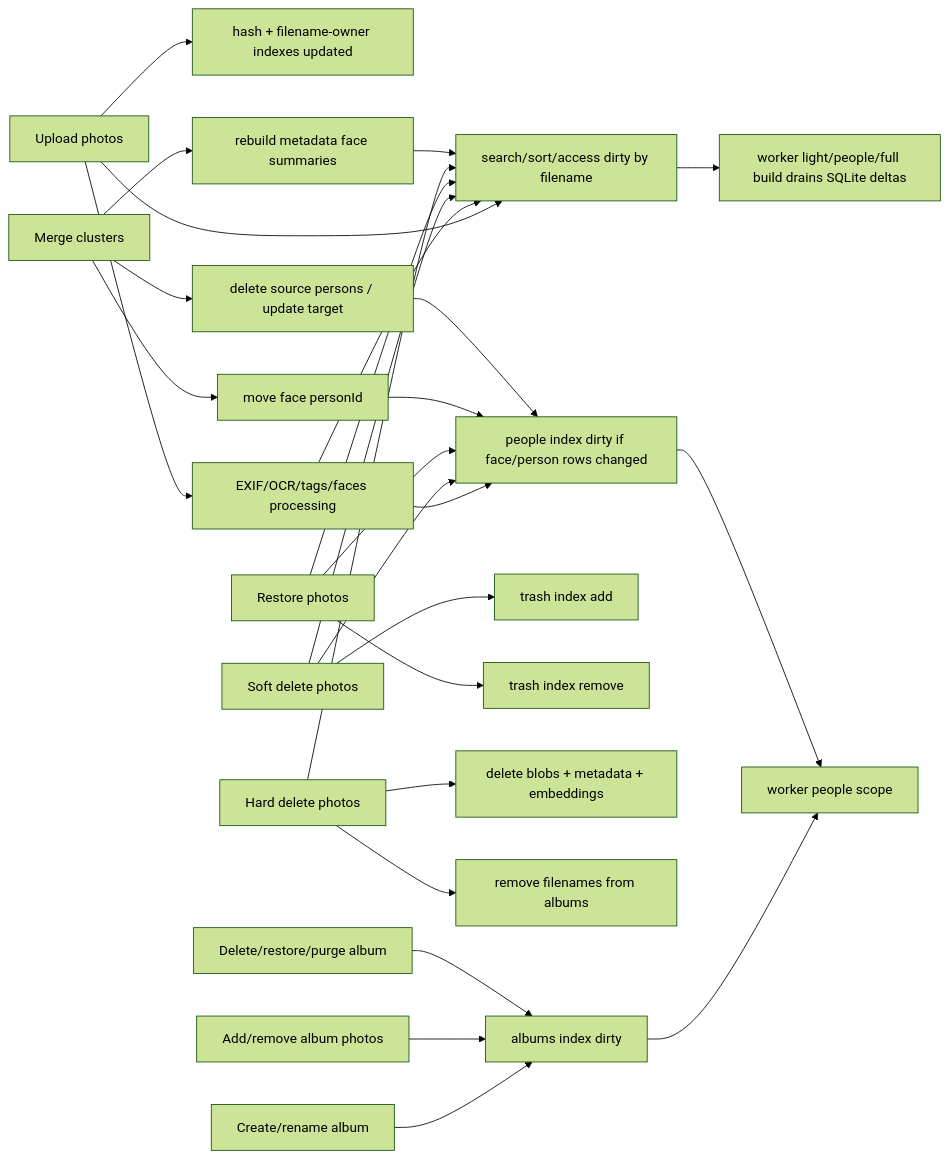
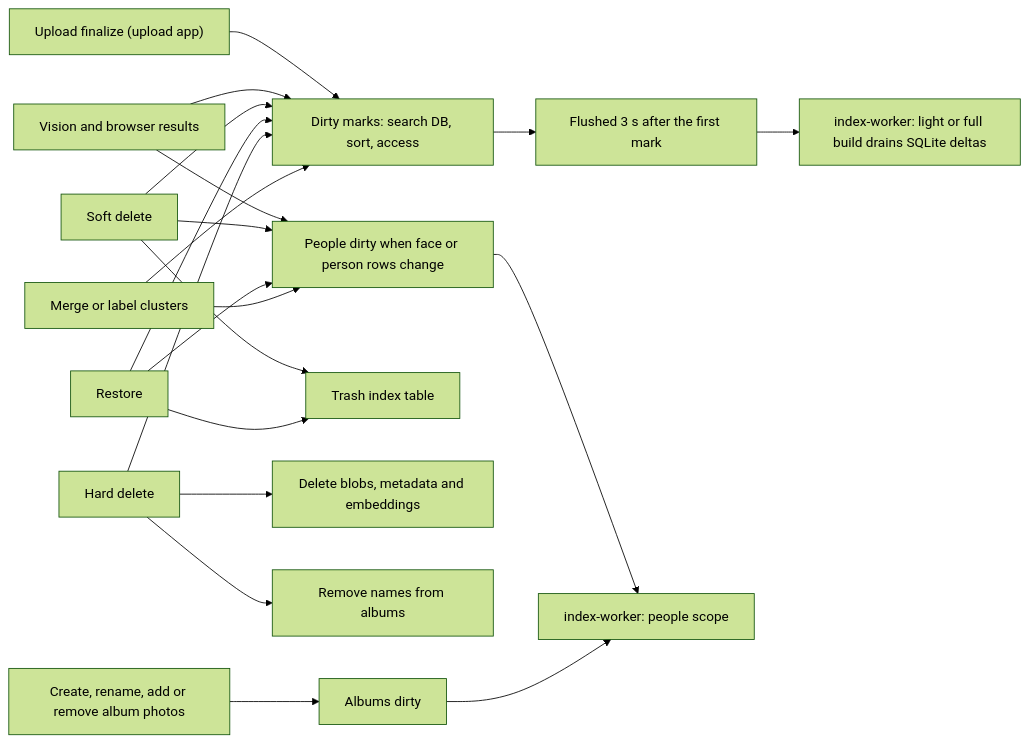
One commit to Git4Rajat/photostore changed the fourth of 4 diagrams in docs/backend-api-architecture.md. Above: the diagram before and after it, drawn with Mermaid (forest theme). The commit also changed other lines of this file and 5 other files, not shown here.

First line of the commit message:
Docs: bring architecture docs and diagrams up to the current role split

````diff
--- a/docs/backend-api-architecture.md
+++ b/docs/backend-api-architecture.md
@@ -774,35 +789,26 @@
 ```mermaid
 flowchart LR
-  Upload["Upload photos"] --> SearchDirty["search/sort/access dirty by filename"]
-  Upload --> Hash["hash + filename-owner indexes updated"]
-  Upload --> Processing["EXIF/OCR/tags/faces processing"]
-  Processing --> SearchDirty
-  Processing --> PeopleDirty["people index dirty if face/person rows changed"]
+  Upload["Upload finalize (upload app)"] --> Dirty["Dirty marks: search DB, sort, access"]
+  Proc["Vision and browser results"] --> Dirty
+  Proc --> PDirty["People dirty when face or person rows change"]
 
-  Delete["Soft delete photos"] --> Trash["trash index add"]
-  Delete --> SearchDirty
-  Delete --> PeopleDirty
+  Del["Soft delete"] --> Trash["Trash index table"]
+  Del --> Dirty
+  Del --> PDirty
+  Restore["Restore"] --> Trash
+  Restore --> Dirty
+  Restore --> PDirty
 
-  Restore["Restore photos"] --> TrashRemove["trash index remove"]
-  Restore --> SearchDirty
-  Restore --> PeopleDirty
+  Purge["Hard delete"] --> Blobs["Delete blobs, metadata and embeddings"]
+  Purge --> AlbumFix["Remove names from albums"]
+  Purge --> Dirty
 
-  Purge["Hard delete photos"] --> BlobDelete["delete blobs + metadata + embeddings"]
-  Purge --> AlbumCleanup["remove filenames from albums"]
-  Purge --> SearchDirty
+  AlbumEdit["Create, rename, add or remove album photos"] --> ADirty["Albums dirty"]
+  Merge["Merge or label clusters"] --> PDirty
+  Merge --> Dirty
 
-  AlbumCreate["Create/rename album"] --> AlbumsDirty["albums index dirty"]
-  AlbumAdd["Add/remove album photos"] --> AlbumsDirty
-  AlbumDelete["Delete/restore/purge album"] --> AlbumsDirty
-
-  Merge["Merge clusters"] --> FaceWrites["move face personId"]
-  Merge --> PersonWrites["delete source persons / update target"]
-  FaceWrites --> PeopleDirty
-  PersonWrites --> PeopleDirty
-  Merge --> MetadataFaces["rebuild metadata face summaries"]
-  MetadataFaces --> SearchDirty
-
-  SearchDirty --> LightOrFull["worker light/people/full build drains SQLite deltas"]
-  AlbumsDirty --> PeopleScope["worker people scope"]
-  PeopleDirty --> PeopleScope
+  Dirty --> Flush["Flushed 3 s after the first mark"]
+  Flush --> Light["index-worker: light or full build drains SQLite deltas"]
+  PDirty --> PeopleScope["index-worker: people scope"]
+  ADirty --> PeopleScope
 ```
````
